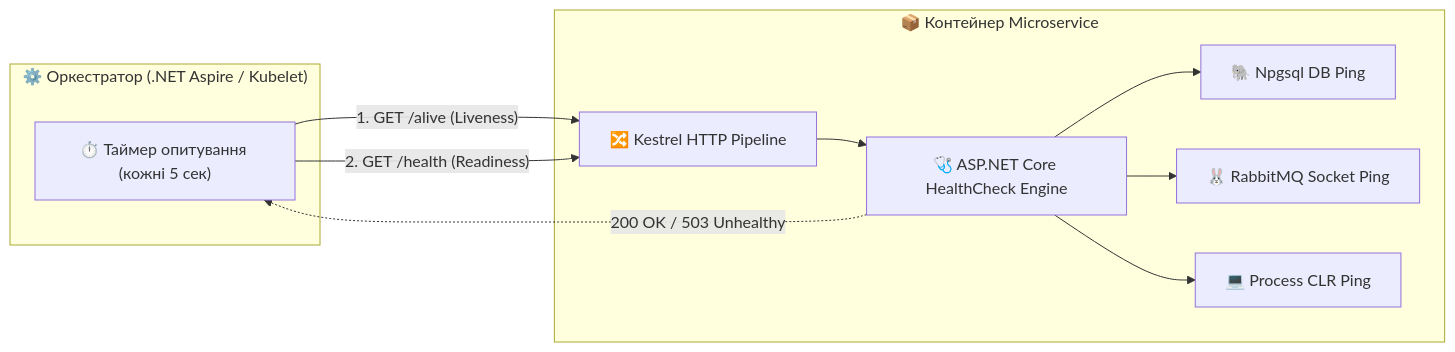
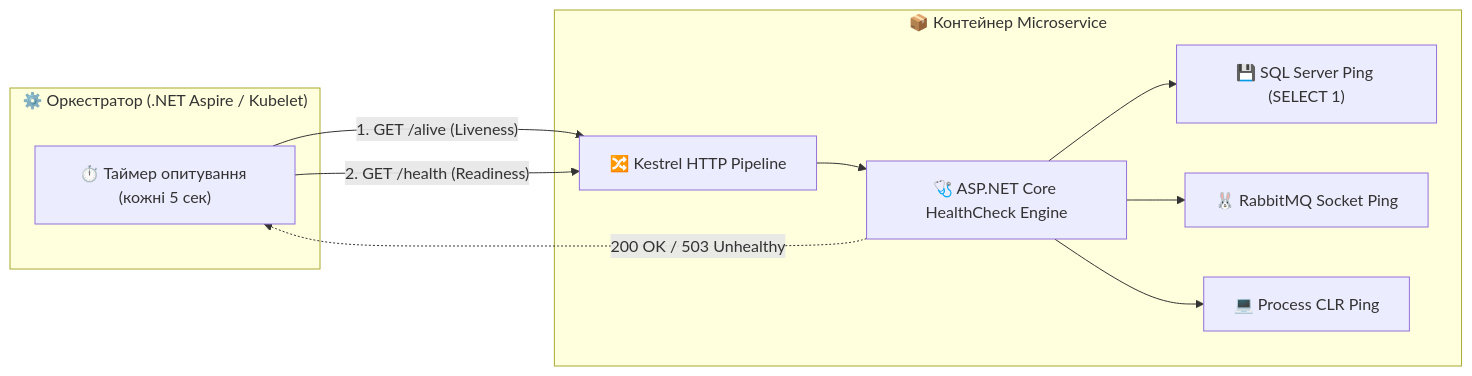
One commit to MrTomkaYurii/Demo-CargoDeliveryService changed the first of 4 diagrams in 02-Microservices-Craftsman/02-01-Aspire-Documentation/05_HealthChecks_Probes_Liveness_Readiness.md. Above: the diagram before and after it, drawn with Mermaid. The commit also changed other lines of this file and 227 other files, not shown here.

````diff
--- a/02-Microservices-Craftsman/02-01-Aspire-Documentation/05_HealthChecks_Probes_Liveness_Readiness.md
+++ b/02-Microservices-Craftsman/02-01-Aspire-Documentation/05_HealthChecks_Probes_Liveness_Readiness.md
@@ -42,23 +43,23 @@
 ```mermaid
 flowchart LR
     subgraph Orchestrator ["⚙️ Оркестратор (.NET Aspire / Kubelet)"]
         Timer["⏱️ Таймер опитування (кожні 5 сек)"]
     end
     
     subgraph Microservice ["📦 Контейнер Microservice"]
         Router["🔀 Kestrel HTTP Pipeline"]
         HC["🩺 ASP.NET Core HealthCheck Engine"]
-        DBCheck["🐘 Npgsql DB Ping"]
+        DBCheck["💾 SQL Server Ping (SELECT 1)"]
         RMQCheck["🐰 RabbitMQ Socket Ping"]
         SelfCheck["💻 Process CLR Ping"]
     end
     
     Timer -->|"1. GET /alive (Liveness)"| Router
     Timer -->|"2. GET /health (Readiness)"| Router
     Router --> HC
     HC --> SelfCheck
     HC --> DBCheck
     HC --> RMQCheck
     
     HC -.->|"200 OK / 503 Unhealthy"| Timer
 ```
````
